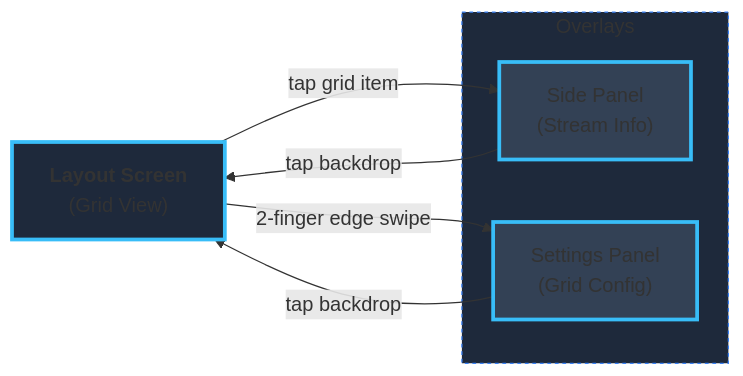
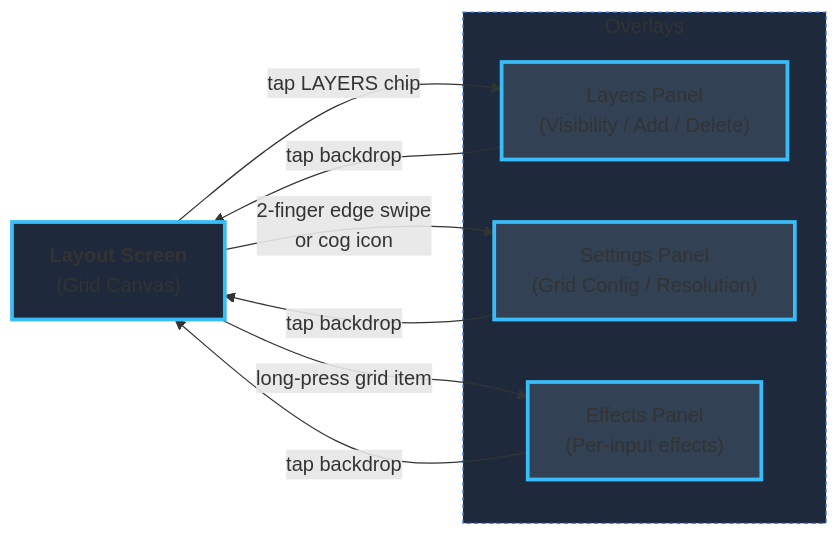
The second of 4 diagrams in mobile_app/README.md (smelter-labs/smelter-editor), drawn with Mermaid before and after one commit. The commit also changed other lines of this file and 23 other files, not shown here.

````diff
--- a/mobile_app/README.md
+++ b/mobile_app/README.md
@@ -66,21 +68,26 @@
 ```mermaid
 %%{init: {'flowchart': {'curve': 'basis'}} }%%
 flowchart LR
-    Main["<b>Layout Screen</b><br/>(Grid View)"]
+    Main["<b>Layout Screen</b><br/>(Grid Canvas)"]
 
-    subgraph Modals ["Overlays"]
-        Panel["Side Panel<br/>(Stream Info)"]
-        Settings["Settings Panel<br/>(Grid Config)"]
+    subgraph Overlays ["Overlays"]
+        Layers["Layers Panel<br/>(Visibility / Add / Delete)"]
+        Settings["Settings Panel<br/>(Grid Config / Resolution)"]
+        Effects["Effects Panel<br/>(Per-input effects)"]
     end
 
-    Main -->|"tap grid item"| Panel
-    Panel -->|"tap backdrop"| Main
+    Main -->|"tap LAYERS chip"| Layers
+    Layers -->|"tap backdrop"| Main
 
-    Main -->|"2-finger edge swipe"| Settings
+    Main -->|"2-finger edge swipe<br/>or cog icon"| Settings
     Settings -->|"tap backdrop"| Main
 
+    Main -->|"long-press grid item"| Effects
+    Effects -->|"tap backdrop"| Main
+
     style Main fill:#1E293B,stroke:#38BDF8,stroke-width:3px
-    style Panel fill:#334155,stroke:#38BDF8,stroke-width:3px
+    style Layers fill:#334155,stroke:#38BDF8,stroke-width:3px
     style Settings fill:#334155,stroke:#38BDF8,stroke-width:3px
-    style Modals fill:#1E293B,stroke:#3b82f6,stroke-dasharray: 3 3
+    style Effects fill:#334155,stroke:#38BDF8,stroke-width:3px
+    style Overlays fill:#1E293B,stroke:#3b82f6,stroke-dasharray: 3 3
 ```
````
